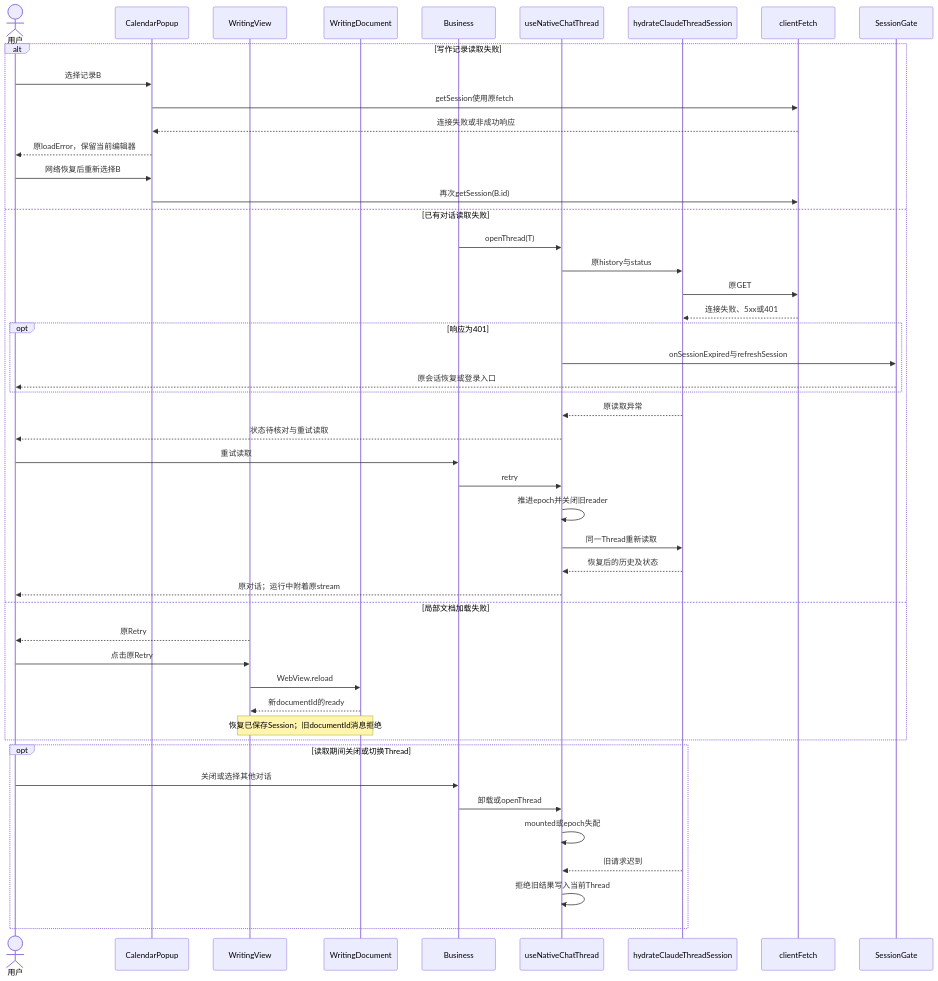
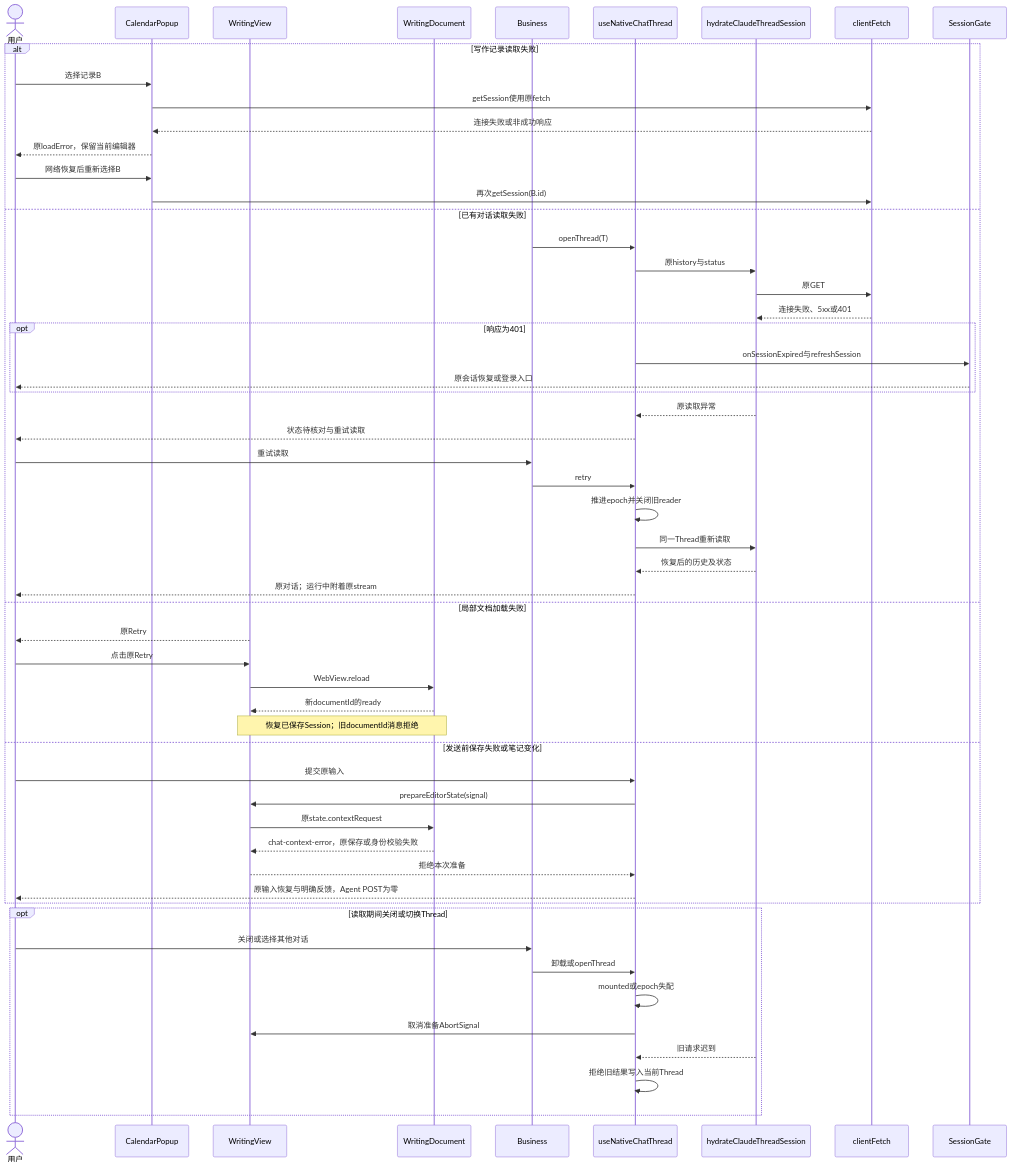
One commit to glide-the/im-dream changed the sixth of 7 diagrams in docs/design/multi-platform/writing-mobile-layout.md. Above: the diagram before and after it, drawn with Mermaid. The commit also changed other lines of this file and 77 other files, not shown here.

````diff
--- a/docs/design/multi-platform/writing-mobile-layout.md
+++ b/docs/design/multi-platform/writing-mobile-layout.md
@@ -336,50 +368,58 @@
 ```mermaid
 sequenceDiagram
   actor User as 用户
   participant Calendar as CalendarPopup
   participant View as WritingView
   participant Doc as WritingDocument
   participant Business as Business
   participant Native as useNativeChatThread
   participant Hydrate as hydrateClaudeThreadSession
   participant HTTP as clientFetch
   participant Gate as SessionGate
   alt 写作记录读取失败
     User->>Calendar: 选择记录B
     Calendar->>HTTP: getSession使用原fetch
     HTTP-->>Calendar: 连接失败或非成功响应
     Calendar-->>User: 原loadError，保留当前编辑器
     User->>Calendar: 网络恢复后重新选择B
     Calendar->>HTTP: 再次getSession(B.id)
   else 已有对话读取失败
     Business->>Native: openThread(T)
     Native->>Hydrate: 原history与status
     Hydrate->>HTTP: 原GET
     HTTP-->>Hydrate: 连接失败、5xx或401
     opt 响应为401
       Native->>Gate: onSessionExpired与refreshSession
       Gate-->>User: 原会话恢复或登录入口
     end
     Hydrate-->>Native: 原读取异常
     Native-->>User: 状态待核对与重试读取
     User->>Business: 重试读取
     Business->>Native: retry
     Native->>Native: 推进epoch并关闭旧reader
     Native->>Hydrate: 同一Thread重新读取
     Hydrate-->>Native: 恢复后的历史及状态
     Native-->>User: 原对话；运行中附着原stream
   else 局部文档加载失败
     View-->>User: 原Retry
     User->>View: 点击原Retry
     View->>Doc: WebView.reload
     Doc-->>View: 新documentId的ready
     Note over View,Doc: 恢复已保存Session；旧documentId消息拒绝
+  else 发送前保存失败或笔记变化
+    User->>Native: 提交原输入
+    Native->>View: prepareEditorState(signal)
+    View->>Doc: 原state.contextRequest
+    Doc-->>View: chat-context-error，原保存或身份校验失败
+    View-->>Native: 拒绝本次准备
+    Native-->>User: 原输入恢复与明确反馈，Agent POST为零
   end
   opt 读取期间关闭或切换Thread
     User->>Business: 关闭或选择其他对话
     Business->>Native: 卸载或openThread
     Native->>Native: mounted或epoch失配
+    Native->>View: 取消准备AbortSignal
     Hydrate-->>Native: 旧请求迟到
     Native->>Native: 拒绝旧结果写入当前Thread
   end
 ```
````
